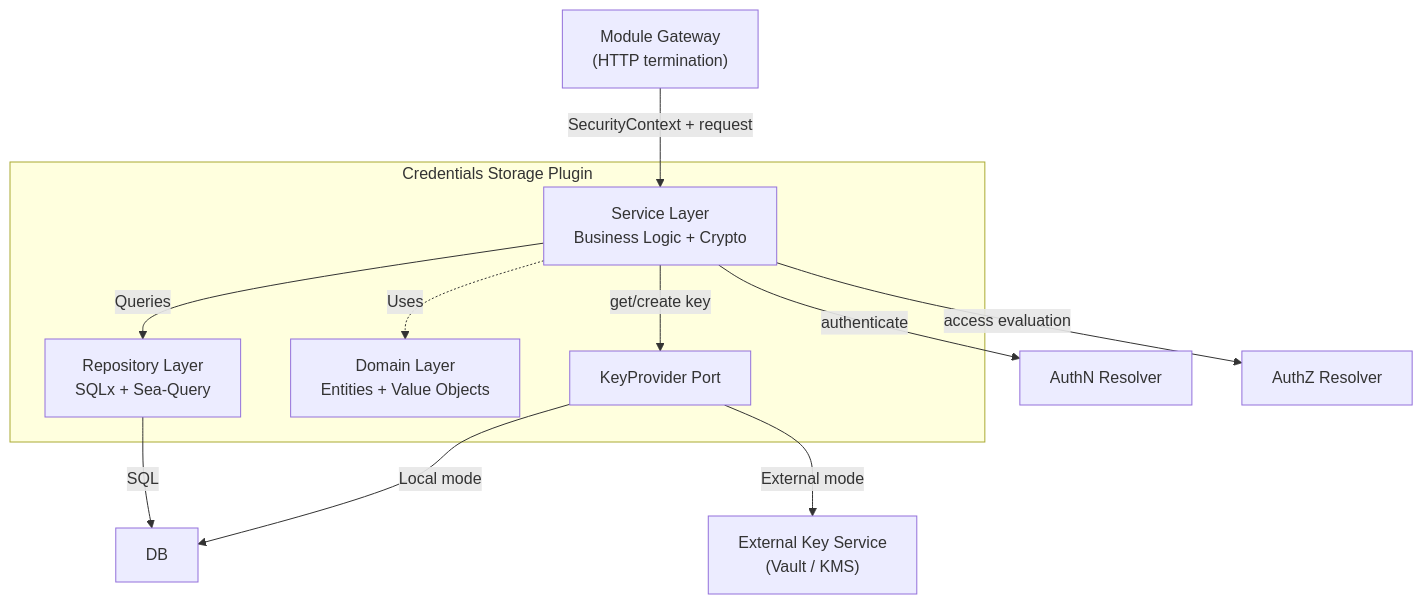
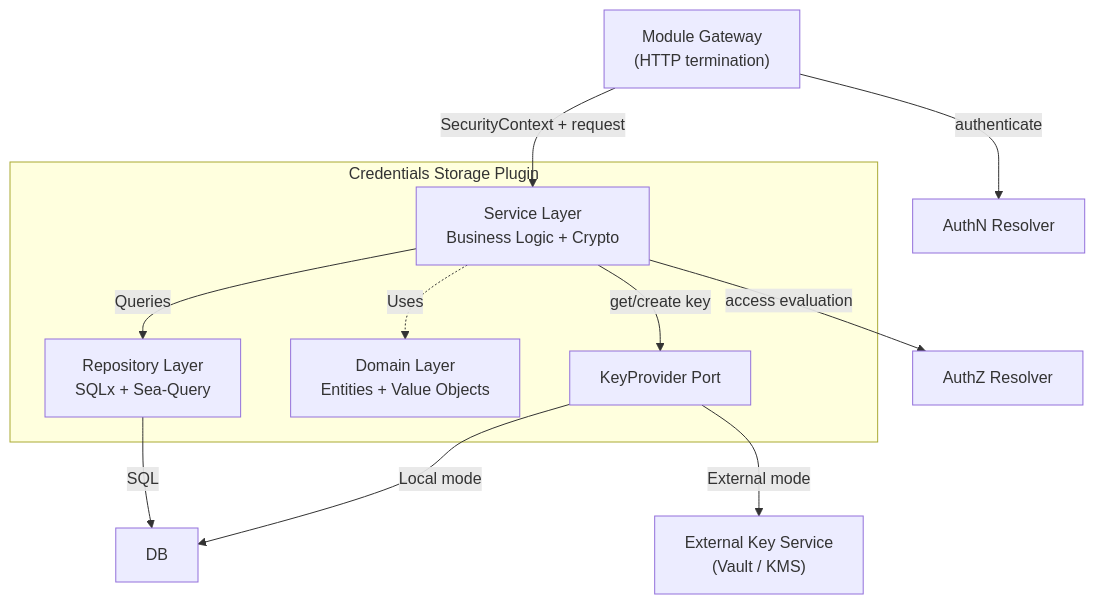
The first of 3 diagrams in modules/credstore/plugins/credentials-storage/DESIGN.md (nullhypothesic/cyberfabric-core), drawn with Mermaid before and after one commit.

Commit message:
docs: change auth originate

````diff
--- a/modules/credstore/plugins/credentials-storage/DESIGN.md
+++ b/modules/credstore/plugins/credentials-storage/DESIGN.md
@@ -74,26 +74,26 @@
 ```mermaid
 graph TB
     GW["Module Gateway<br/>(HTTP termination)"]
 
     subgraph "Credentials Storage Plugin"
         SVC["Service Layer<br/>Business Logic + Crypto"]
         REPO["Repository Layer<br/>SQLx + Sea-Query"]
         DOM["Domain Layer<br/>Entities + Value Objects"]
         KP["KeyProvider Port"]
     end
 
     DB["DB"]
     AUTHN["AuthN Resolver"]
     AUTHZ["AuthZ Resolver"]
     EXT_KMS["External Key Service<br/>(Vault / KMS)"]
 
+    GW -->|"authenticate"| AUTHN
     GW -->|"SecurityContext + request"| SVC
     SVC -->|"Queries"| REPO
     SVC -->|"get/create key"| KP
     SVC -.->|"Uses"| DOM
     REPO -->|"SQL"| DB
     KP -->|"Local mode"| DB
     KP -->|"External mode"| EXT_KMS
-    SVC -->|"authenticate"| AUTHN
     SVC -->|"access evaluation"| AUTHZ
 ```
````
